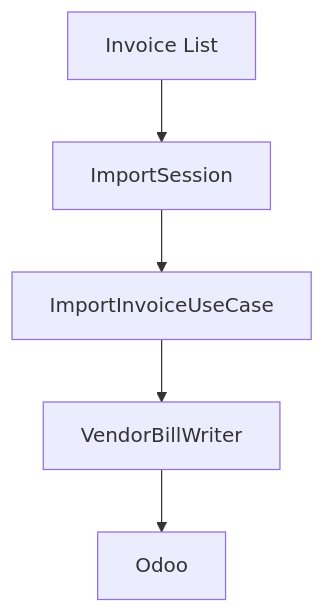
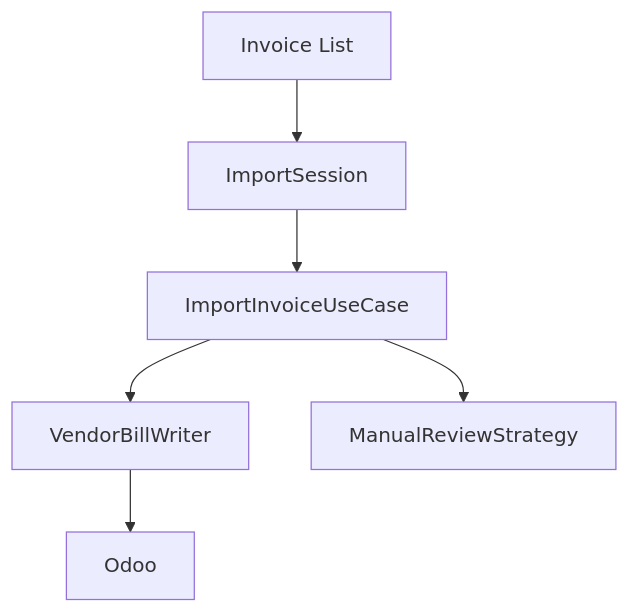
One commit to odurmazoglu/ict-integration-hub changed the sixth of 6 diagrams in docs/APPLICATION_LAYER.md. Above: the diagram before and after it, drawn with Mermaid. The commit also changed other lines of this file and 25 other files, not shown here.

Commit message:
feat: add manual review workflow foundation

````diff
--- a/docs/APPLICATION_LAYER.md
+++ b/docs/APPLICATION_LAYER.md
@@ -391,13 +416,15 @@
 ```mermaid
 flowchart TB
     InvoiceList[Invoice List]
     ImportSession[ImportSession]
     ImportInvoiceUseCase[ImportInvoiceUseCase]
     VendorBillWriter[VendorBillWriter]
+    ManualReviewStrategy[ManualReviewStrategy]
     Odoo[Odoo]
 
     InvoiceList --> ImportSession
     ImportSession --> ImportInvoiceUseCase
     ImportInvoiceUseCase --> VendorBillWriter
+    ImportInvoiceUseCase --> ManualReviewStrategy
     VendorBillWriter --> Odoo
 ```
````
